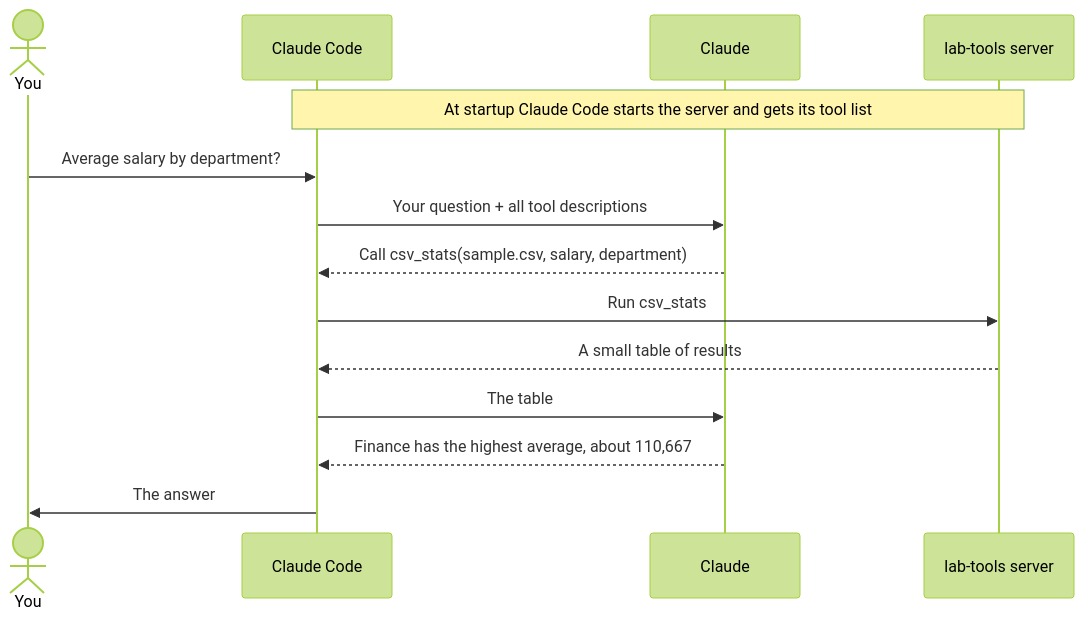
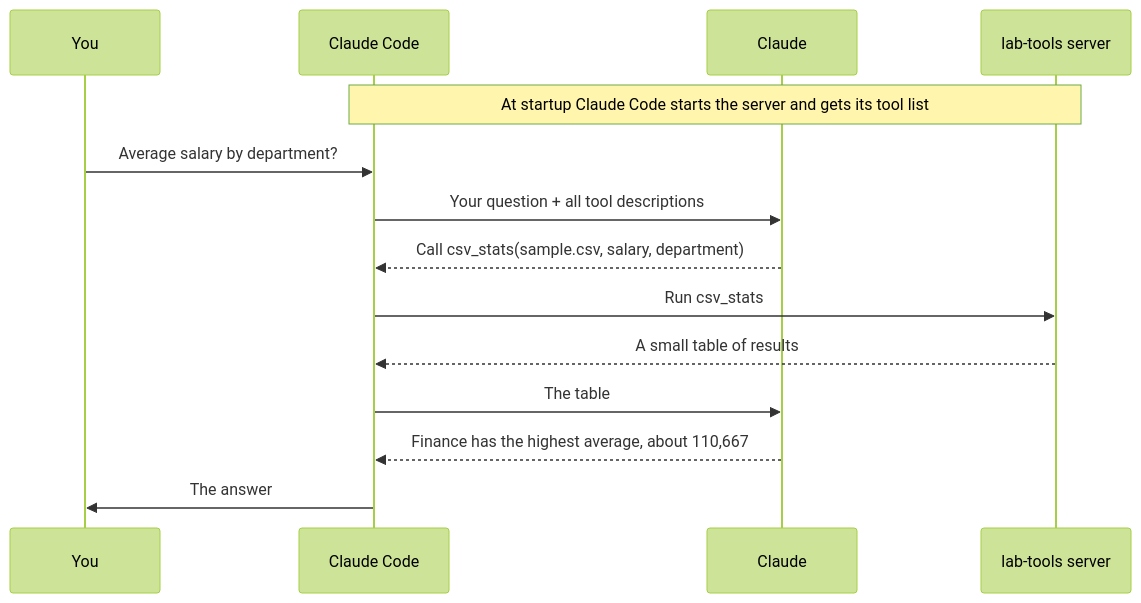
One commit to iportilla/agents changed the seventh of 10 diagrams in docs/INTRO-TO-AGENTS.md. Above: the diagram before and after it, drawn with Mermaid (forest theme). The commit also changed other lines of this file, not shown here.

First line of the commit message:
Fix clashing Mermaid node names in the intro guide

````diff
--- a/docs/INTRO-TO-AGENTS.md
+++ b/docs/INTRO-TO-AGENTS.md
@@ -263,17 +263,17 @@
 ```mermaid
 sequenceDiagram
-    actor You
-    participant CC as Claude Code
-    participant M as Claude
-    participant S as lab-tools server
+    participant d6_You as You
+    participant d6_CC as Claude Code
+    participant d6_M as Claude
+    participant d6_S as lab-tools server
 
-    Note over CC,S: At startup Claude Code starts the server and gets its tool list
-    You->>CC: Average salary by department?
-    CC->>M: Your question + all tool descriptions
-    M-->>CC: Call csv_stats(sample.csv, salary, department)
-    CC->>S: Run csv_stats
-    S-->>CC: A small table of results
-    CC->>M: The table
-    M-->>CC: Finance has the highest average, about 110,667
-    CC->>You: The answer
+    Note over d6_CC,d6_S: At startup Claude Code starts the server and gets its tool list
+    d6_You->>d6_CC: Average salary by department?
+    d6_CC->>d6_M: Your question + all tool descriptions
+    d6_M-->>d6_CC: Call csv_stats(sample.csv, salary, department)
+    d6_CC->>d6_S: Run csv_stats
+    d6_S-->>d6_CC: A small table of results
+    d6_CC->>d6_M: The table
+    d6_M-->>d6_CC: Finance has the highest average, about 110,667
+    d6_CC->>d6_You: The answer
 ```
````
